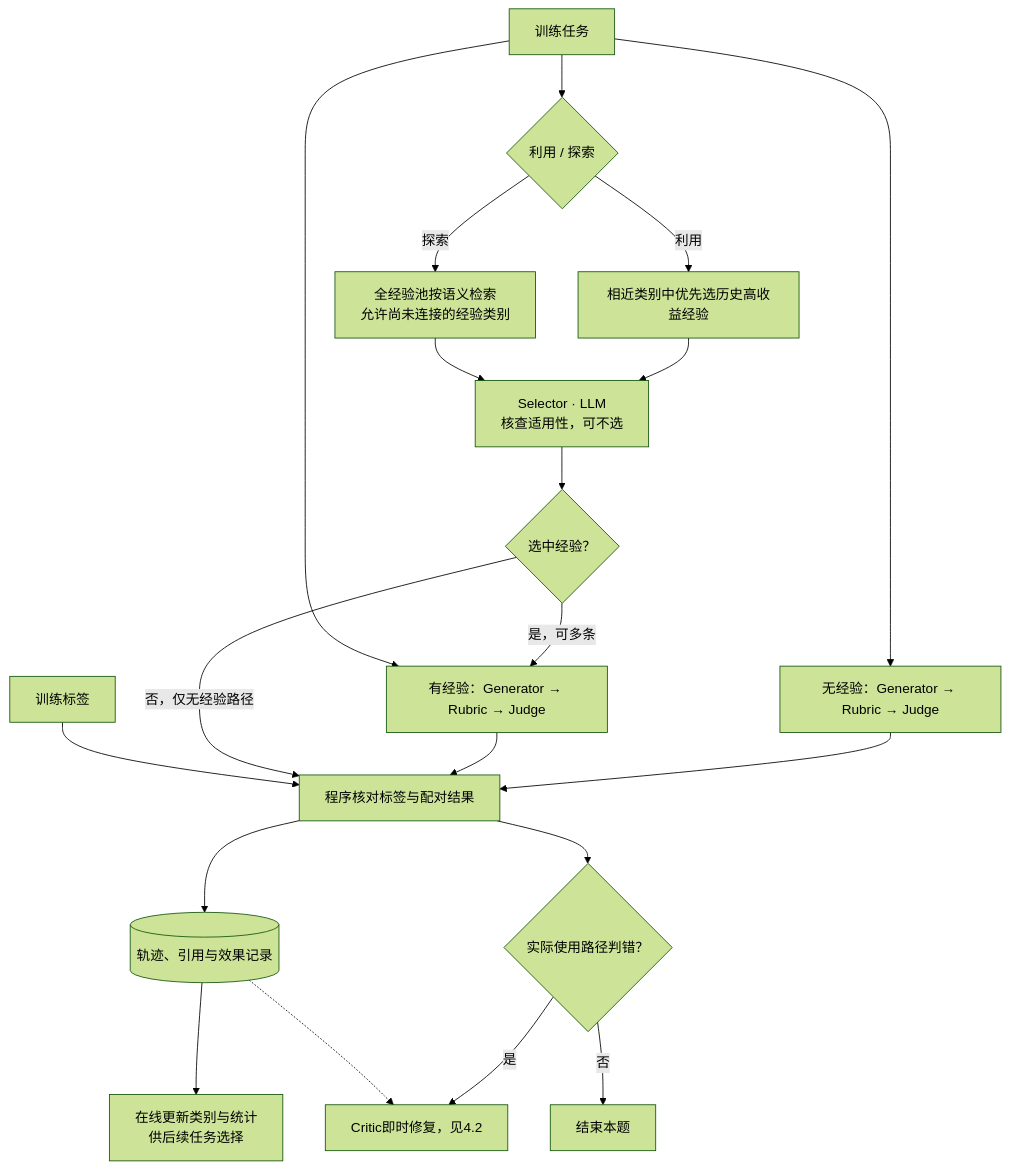
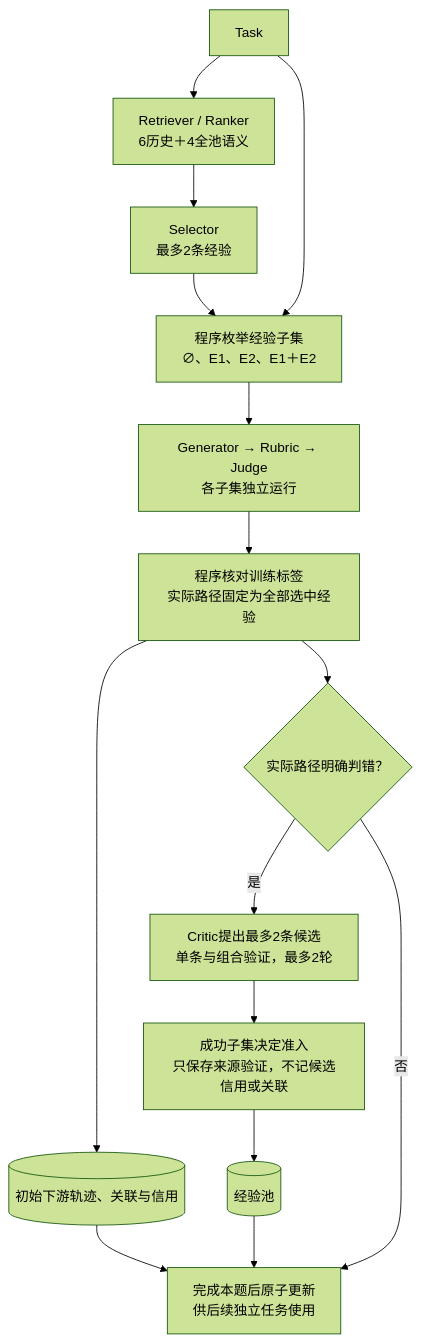
Before and after one commit to ykn0309/VERGE: the second of 2 diagrams in docs/设计方案.md, drawn with Mermaid (forest theme). The commit also changed other lines of this file and 131 other files, not shown here.

````diff
--- a/docs/设计方案.md
+++ b/docs/设计方案.md
@@ -72,22 +89,17 @@
 ```mermaid
-flowchart TB
-    T["训练任务"] --> MODE{"利用 / 探索"}
-    MODE -->|"利用"| R1["相近类别中优先选历史高收益经验"]
-    MODE -->|"探索"| R2["全经验池按语义检索<br/>允许尚未连接的经验类别"]
-    R1 --> S["Selector · LLM<br/>核查适用性，可不选"]
-    R2 --> S
-    T --> B["无经验：Generator → Rubric → Judge"]
-    S --> D{"选中经验？"}
-    D -->|"是，可多条"| E["有经验：Generator → Rubric → Judge"]
-    T --> E
-    B --> V["程序核对标签与配对结果"]
-    E --> V
-    D -->|"否，仅无经验路径"| V
-    Y["训练标签"] --> V
-    V --> H[("轨迹、引用与效果记录")]
-    H --> U["在线更新类别与统计<br/>供后续任务选择"]
-    V --> F{"实际使用路径判错？"}
-    F -->|"是"| C["Critic即时修复，见4.2"]
-    H -.-> C
-    F -->|"否"| END["结束本题"]
+flowchart TD
+    T["Task"] --> R["Retriever / Ranker<br/>6历史＋4全池语义"]
+    R --> S["Selector<br/>最多2条经验"]
+    S --> X["程序枚举经验子集<br/>∅、E1、E2、E1＋E2"]
+    T --> X
+    X --> G["Generator → Rubric → Judge<br/>各子集独立运行"]
+    G --> V["程序核对训练标签<br/>实际路径固定为全部选中经验"]
+    V --> H[("初始下游轨迹、关联与信用")]
+    V --> F{"实际路径明确判错？"}
+    F -->|是| C["Critic提出最多2条候选<br/>单条与组合验证，最多2轮"]
+    C --> A["成功子集决定准入<br/>只保存来源验证，不记候选信用或关联"]
+    A --> P[("经验池")]
+    H --> U["完成本题后原子更新<br/>供后续独立任务使用"]
+    P --> U
+    F -->|否| U
 ```
````
